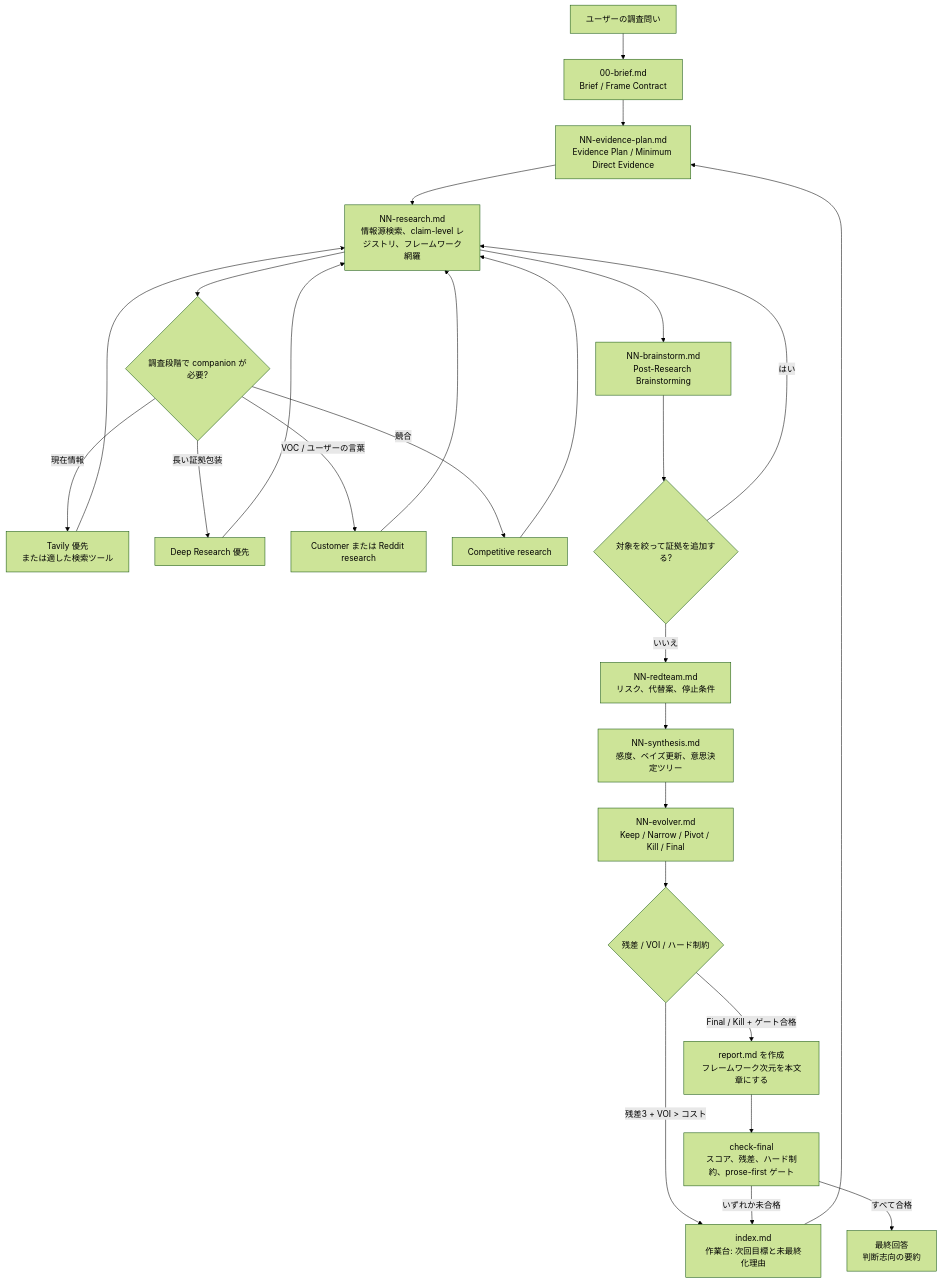
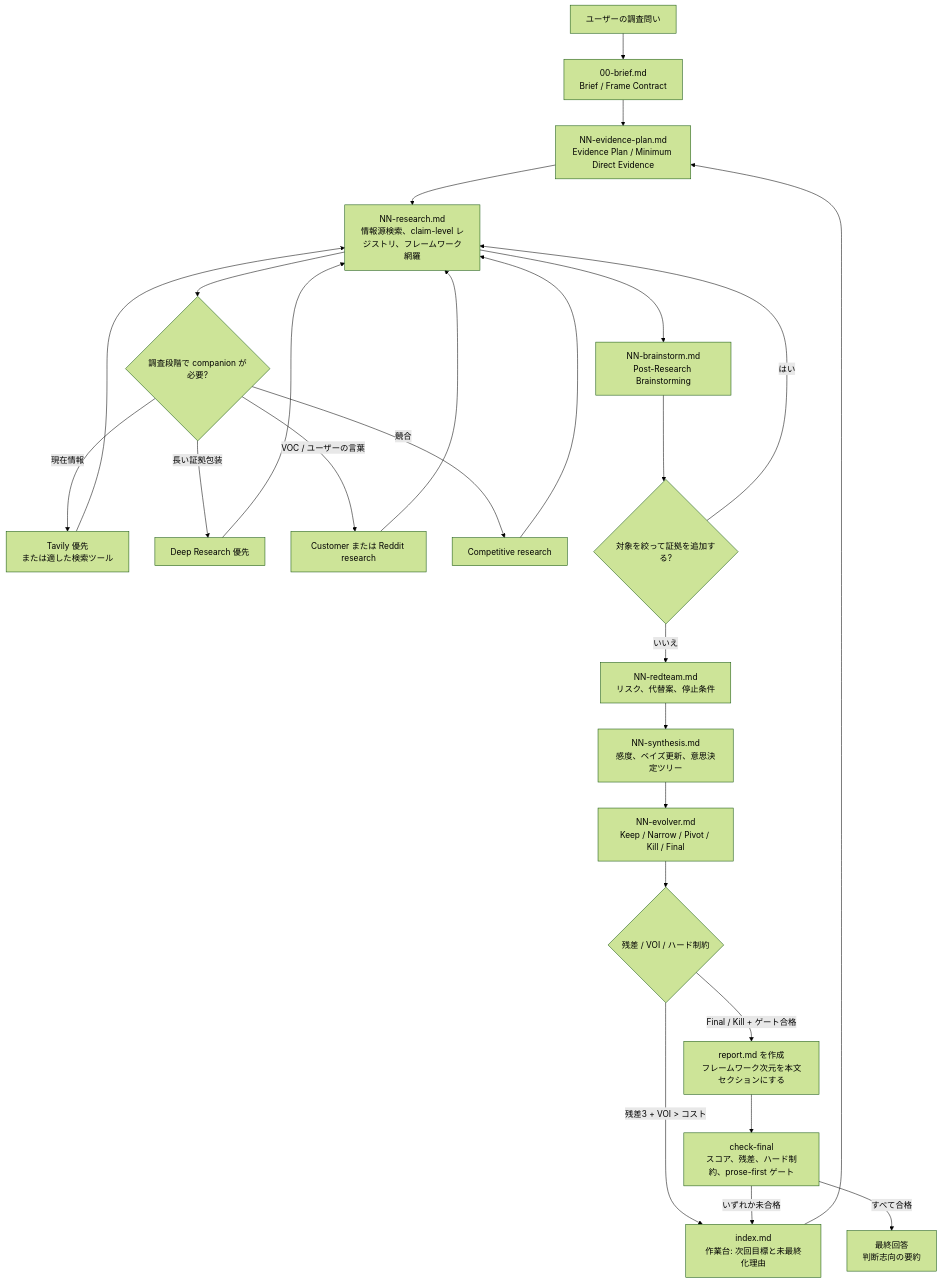
One commit to GoatGit/super-survey changed the diagram in README.ja.md. Above: the diagram before and after it, drawn with Mermaid (forest theme). The commit also changed other lines of this file and 7 other files, not shown here.

````diff
--- a/README.ja.md
+++ b/README.ja.md
@@ -248,28 +250,28 @@
 ```mermaid
 flowchart TD
     A[ユーザーの調査問い] --> B[00-brief.md<br/>Brief / Frame Contract]
     B --> P[NN-evidence-plan.md<br/>Evidence Plan / Minimum Direct Evidence]
     P --> C[NN-research.md<br/>情報源検索、claim-level レジストリ、フレームワーク網羅]
     C --> D{調査段階で companion が必要?}
     D -->|現在情報| D1[Tavily 優先<br/>または適した検索ツール]
     D -->|長い証拠包装| D2[Deep Research 優先]
     D -->|VOC / ユーザーの言葉| D3[Customer または Reddit research]
     D -->|競合| D4[Competitive research]
     D1 --> C
     D2 --> C
     D3 --> C
     D4 --> C
     C --> E[NN-brainstorm.md<br/>Post-Research Brainstorming]
     E --> X{対象を絞って証拠を追加する?}
     X -->|はい| C
     X -->|いいえ| F[NN-redteam.md<br/>リスク、代替案、停止条件]
     F --> G[NN-synthesis.md<br/>感度、ベイズ更新、意思決定ツリー]
     G --> H[NN-evolver.md<br/>Keep / Narrow / Pivot / Kill / Final]
     H --> V{残差 / VOI / ハード制約}
     V -->|残差3 + VOI > コスト| I[index.md<br/>作業台: 次回目標と未最終化理由]
     I --> P
-    V -->|Final / Kill + ゲート合格| J[report.md を作成<br/>フレームワーク次元を本文章にする]
+    V -->|Final / Kill + ゲート合格| J[report.md を作成<br/>フレームワーク次元を本文セクションにする]
     J --> R[check-final<br/>スコア、残差、ハード制約、prose-first ゲート]
     R -->|いずれか未合格| I
     R -->|すべて合格| K[最終回答<br/>判断志向の要約]
 ```
````
